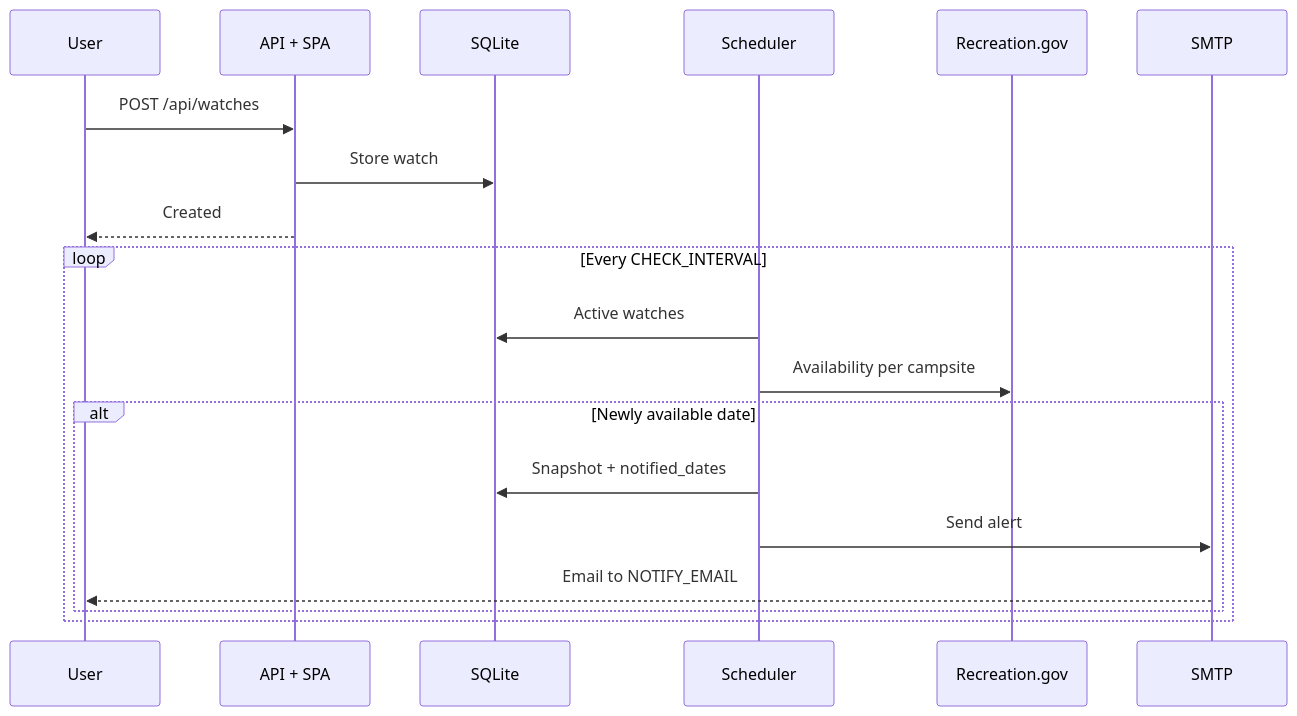
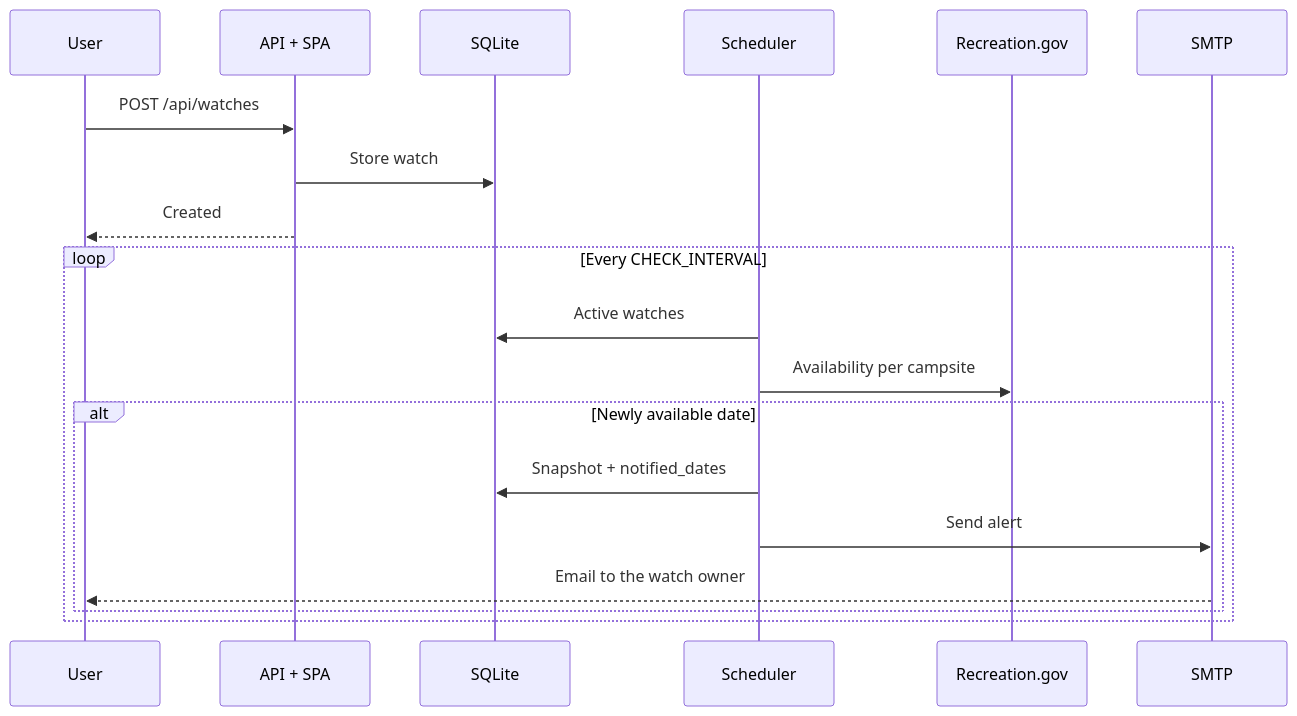
The second of 2 diagrams in README.md (adamcnaglich/campsight), drawn with Mermaid before and after one commit. The commit also changed other lines of this file and 30 other files, not shown here.

````diff
--- a/README.md
+++ b/README.md
@@ -149,23 +167,23 @@
 ```mermaid
 sequenceDiagram
     participant User
     participant App as API + SPA
     participant DB as SQLite
     participant Scheduler
     participant RecGov as Recreation.gov
     participant Email as SMTP
 
     User->>App: POST /api/watches
     App->>DB: Store watch
     App-->>User: Created
 
     loop Every CHECK_INTERVAL
         Scheduler->>DB: Active watches
         Scheduler->>RecGov: Availability per campsite
         alt Newly available date
             Scheduler->>DB: Snapshot + notified_dates
             Scheduler->>Email: Send alert
-            Email-->>User: Email to NOTIFY_EMAIL
+            Email-->>User: Email to the watch owner
         end
     end
 ```
````
